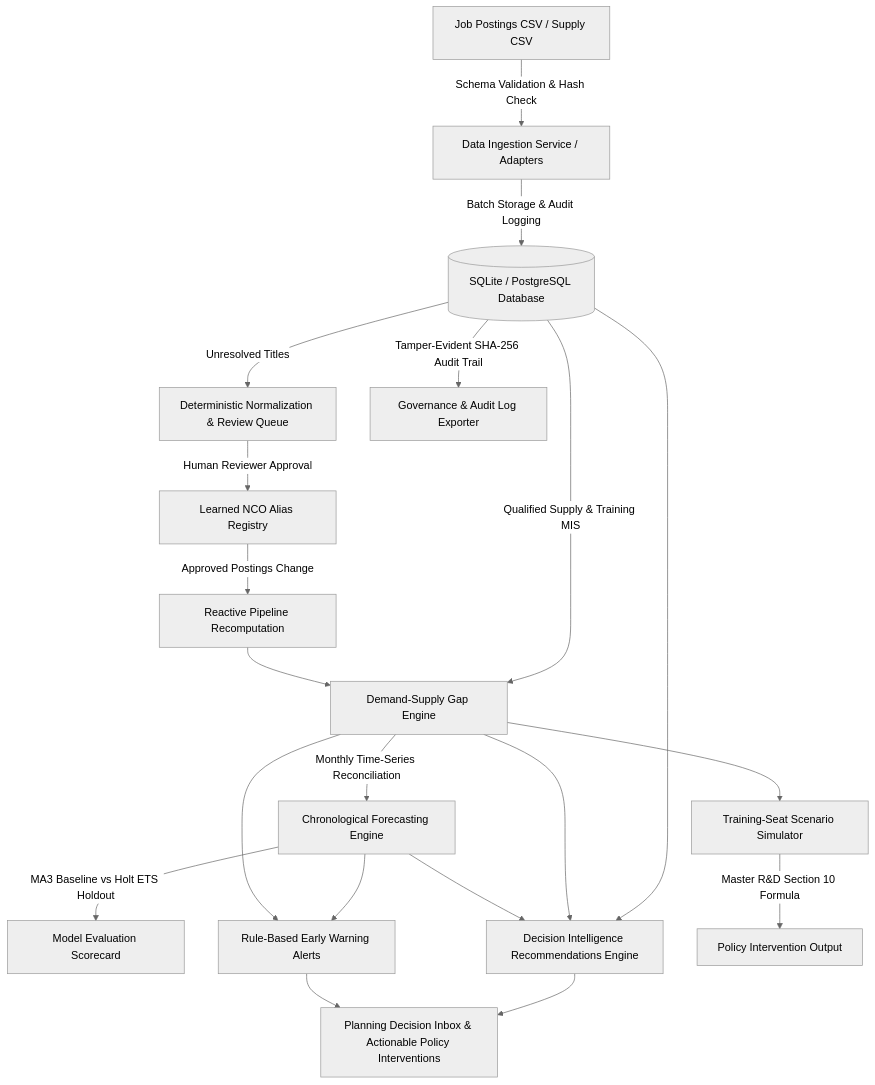
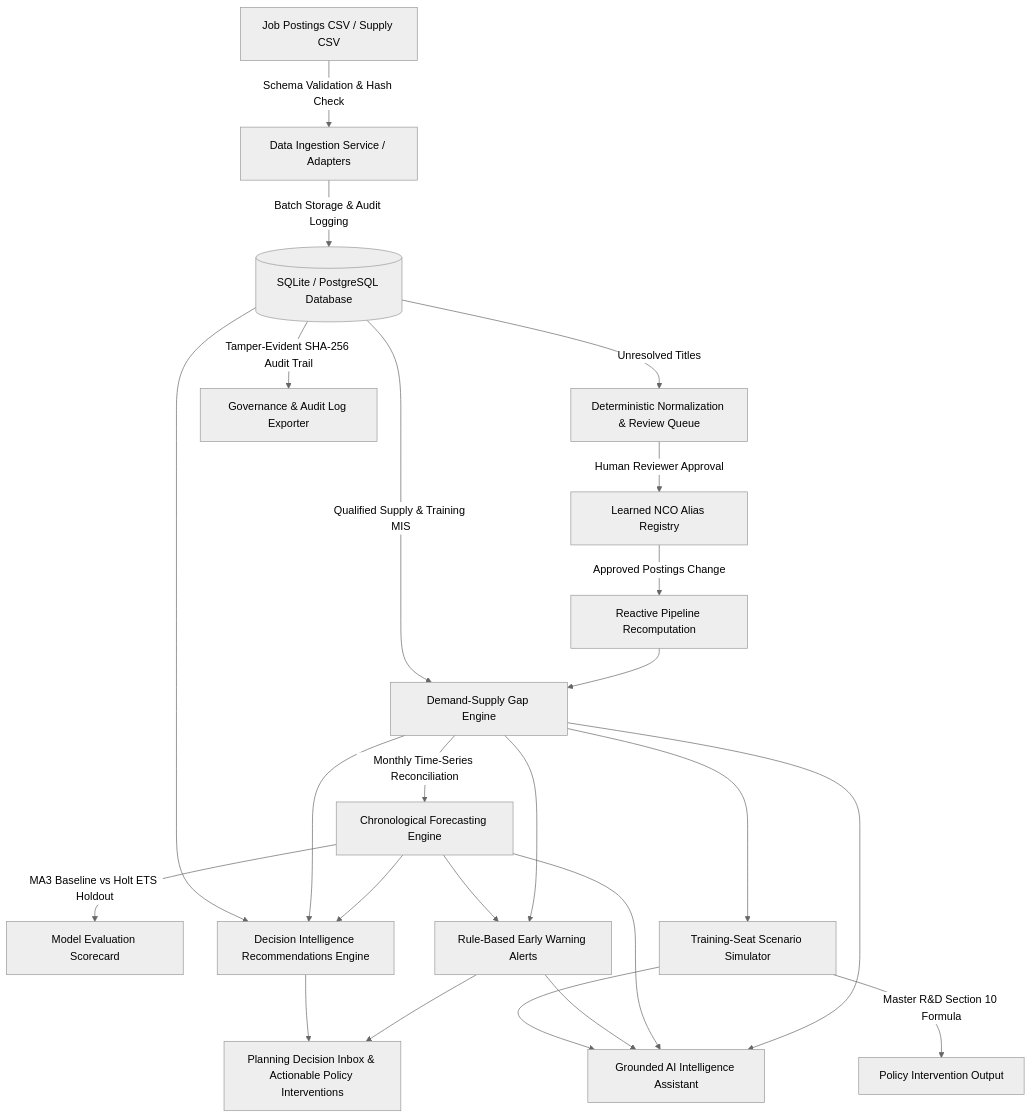
Before and after one commit to soham-parab234/KaryaDrishti: the diagram in README.md, drawn with Mermaid (neutral theme). The commit also changed other lines of this file, not shown here.

````diff
--- a/README.md
+++ b/README.md
@@ -10,18 +34,19 @@
 ```mermaid
 graph TD
     A[Job Postings CSV / Supply CSV] -->|Schema Validation & Hash Check| B[Data Ingestion Service / Adapters]
     B -->|Batch Storage & Audit Logging| C[(SQLite / PostgreSQL Database)]
     C -->|Unresolved Titles| D[Deterministic Normalization & Review Queue]
     D -->|Human Reviewer Approval| E[Learned NCO Alias Registry]
     E -->|Approved Postings Change| R[Reactive Pipeline Recomputation]
     R --> F[Demand-Supply Gap Engine]
     C -->|Qualified Supply & Training MIS| F
     F -->|Monthly Time-Series Reconciliation| G[Chronological Forecasting Engine]
     G -->|MA3 Baseline vs Holt ETS Holdout| H[Model Evaluation Scorecard]
     F & G --> I[Rule-Based Early Warning Alerts]
     G & F & C --> DI[Decision Intelligence Recommendations Engine]
     I & DI --> J[Planning Decision Inbox & Actionable Policy Interventions]
     F --> K[Training-Seat Scenario Simulator]
     K -->|Master R&D Section 10 Formula| L[Policy Intervention Output]
     C -->|Tamper-Evident SHA-256 Audit Trail| M[Governance & Audit Log Exporter]
+    F & G & I & K --> AI[Grounded AI Intelligence Assistant]
 ```
````
